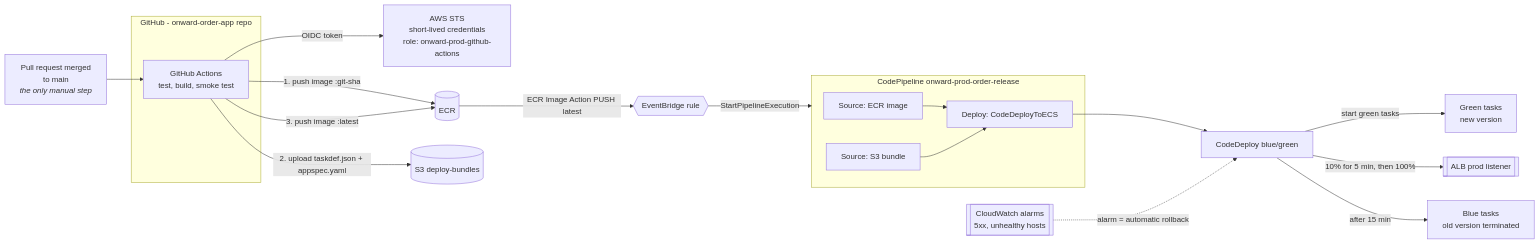
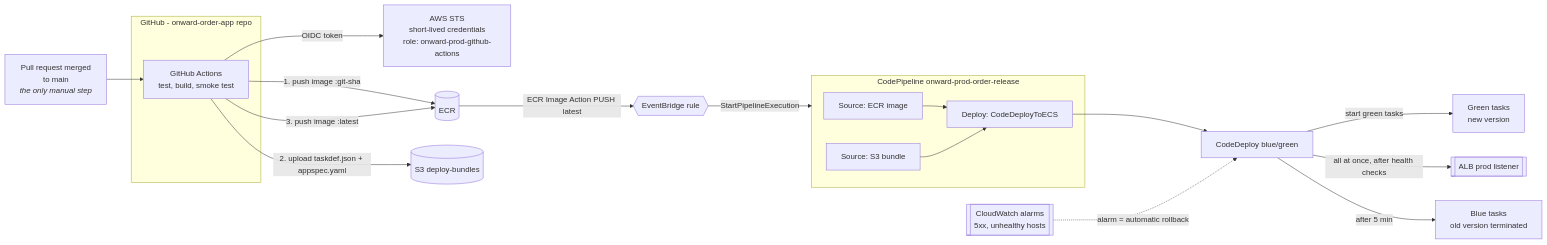
The second of 3 diagrams in docs/architecture.md (RUYANGA/AWS-Onward-Order-Infra-Lab3-A), drawn with Mermaid before and after one commit. The commit also changed other lines of this file and 2 other files, not shown here.

First line of the commit message:
docs: add AWS architecture diagram (#30)

````diff
--- a/docs/architecture.md
+++ b/docs/architecture.md
@@ -51,28 +55,28 @@
 ```mermaid
 flowchart LR
   pr[Pull request merged<br/>to main<br/><i>the only manual step</i>] --> gha
 
   subgraph gh[GitHub - onward-order-app repo]
     gha[GitHub Actions<br/>test, build, smoke test]
   end
 
   gha -->|OIDC token| sts[AWS STS<br/>short-lived credentials<br/>role: onward-prod-github-actions]
   gha -->|1. push image :git-sha| ecr[(ECR)]
   gha -->|2. upload taskdef.json + appspec.yaml| s3[(S3 deploy-bundles)]
   gha -->|3. push image :latest| ecr
 
   ecr -->|ECR Image Action PUSH latest| eb{{EventBridge rule}}
   eb -->|StartPipelineExecution| cp
 
   subgraph cp[CodePipeline onward-prod-order-release]
     src1[Source: ECR image] --> dep
     src2[Source: S3 bundle] --> dep
     dep[Deploy: CodeDeployToECS]
   end
 
   dep --> cd[CodeDeploy blue/green]
   cd -->|start green tasks| green[Green tasks<br/>new version]
-  cd -->|10% for 5 min, then 100%| alb[[ALB prod listener]]
+  cd -->|all at once, after health checks| alb[[ALB prod listener]]
   alarms[[CloudWatch alarms<br/>5xx, unhealthy hosts]] -.->|alarm = automatic rollback| cd
-  cd -->|after 15 min| blue[Blue tasks<br/>old version terminated]
+  cd -->|after 5 min| blue[Blue tasks<br/>old version terminated]
 ```
````
